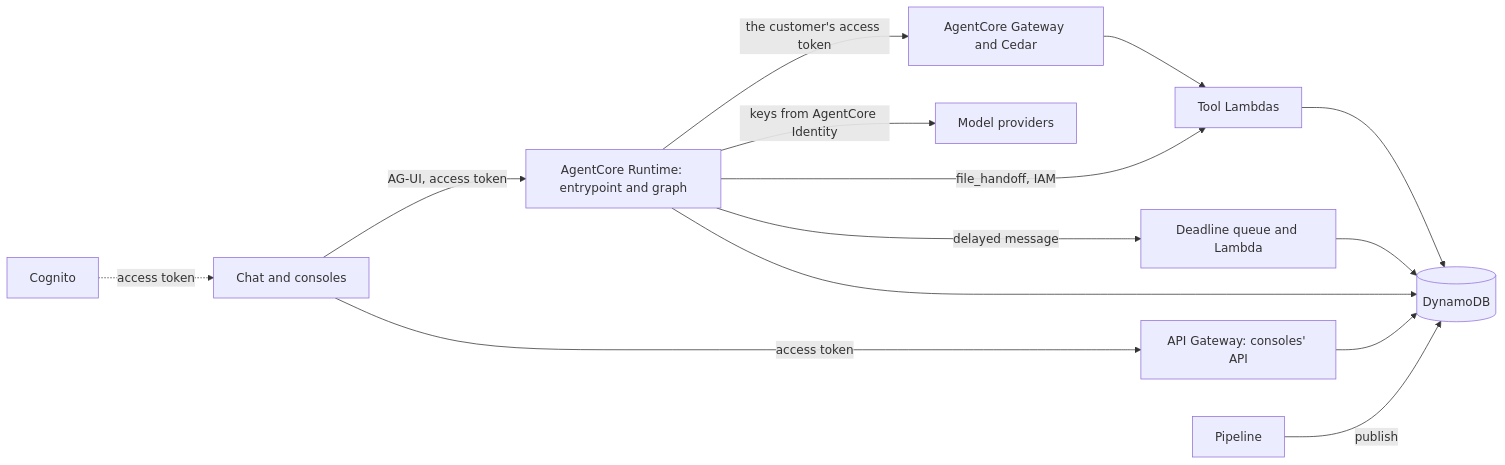
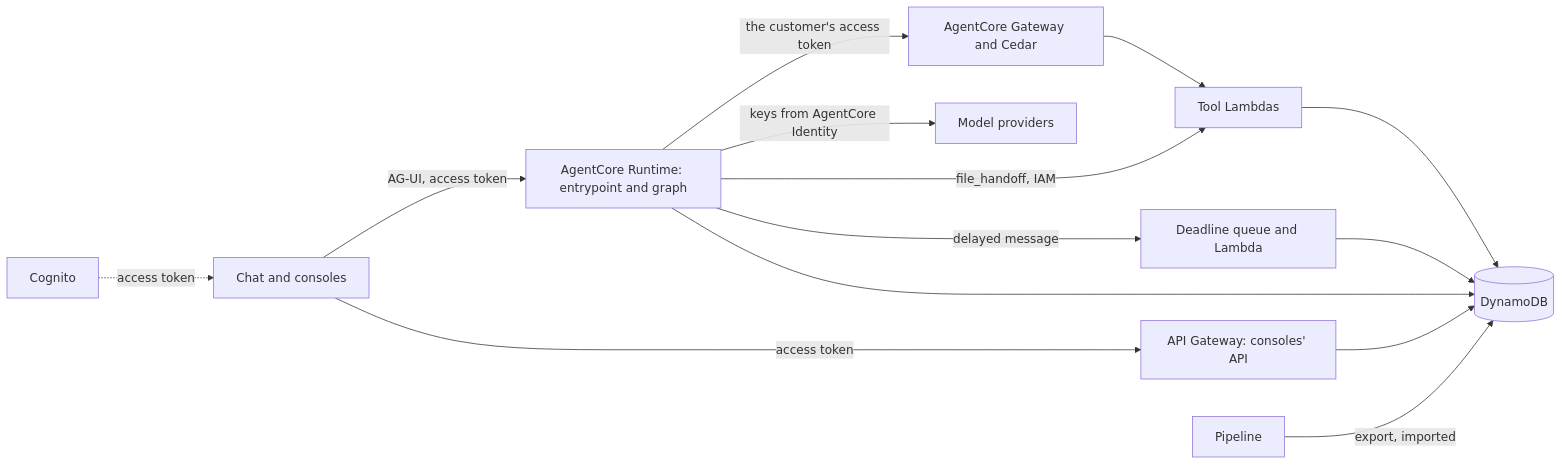
The first of 2 diagrams in docs/adr/0004-agent-architecture-on-agentcore.md (gafnts/factored-hackathon-2026-gafnts), drawn with Mermaid before and after one commit. The commit also changed other lines of this file and 1 other file, not shown here.

Commit message:
Version each export and check it before import

````diff
--- a/docs/adr/0004-agent-architecture-on-agentcore.md
+++ b/docs/adr/0004-agent-architecture-on-agentcore.md
@@ -43,26 +43,26 @@
 ```mermaid
 flowchart LR
   COG["Cognito"]
   WEB["Chat and consoles"]
   RT["AgentCore Runtime: entrypoint and graph"]
   API["API Gateway: consoles' API"]
   GW["AgentCore Gateway and Cedar"]
   FN["Tool Lambdas"]
   DL["Deadline queue and Lambda"]
   DB[("DynamoDB")]
   LLM["Model providers"]
   PIPE["Pipeline"]
   COG -.->|"access token"| WEB
   WEB -->|"AG-UI, access token"| RT
   WEB -->|"access token"| API
   RT -->|"the customer's access token"| GW
   GW --> FN
   RT -->|"file_handoff, IAM"| FN
   FN --> DB
   RT -->|"delayed message"| DL
   DL --> DB
   RT --> DB
   API --> DB
-  PIPE -->|"publish"| DB
+  PIPE -->|"export, imported"| DB
   RT -->|"keys from AgentCore Identity"| LLM
 ```
````
